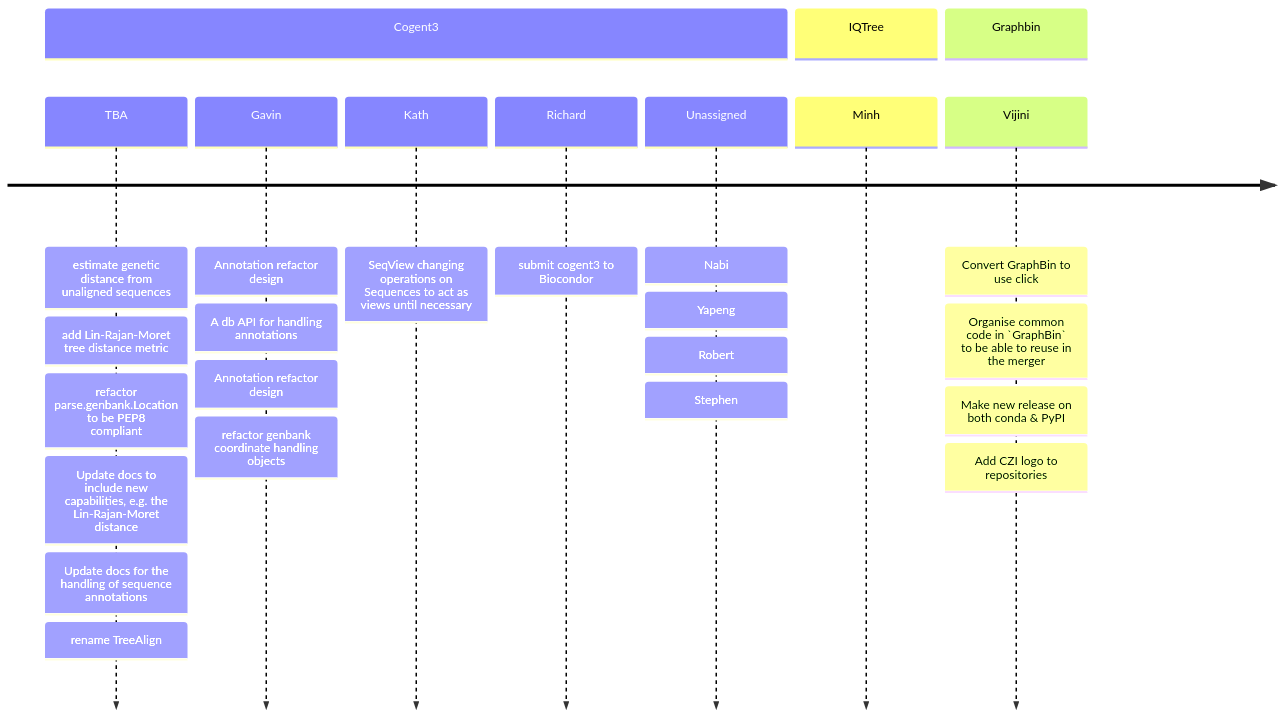
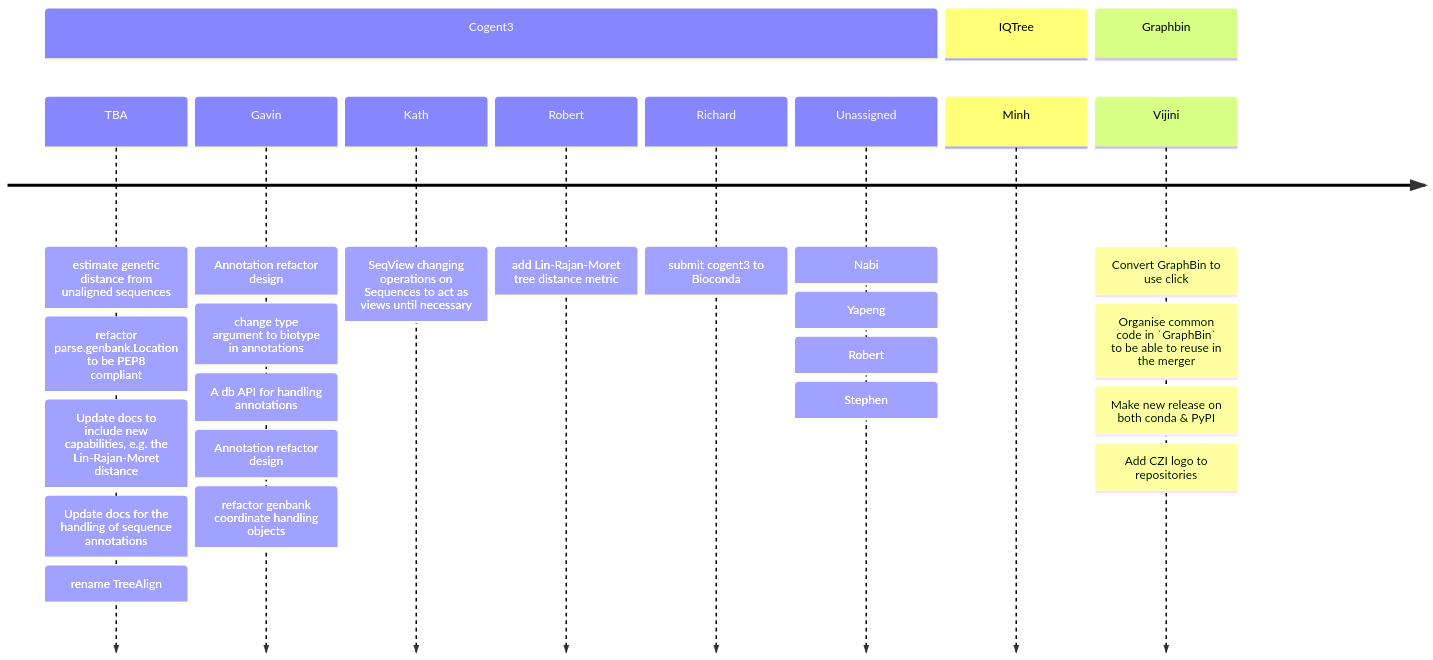
Before and after one commit to khiron/testscriv: the first of 4 diagrams in docs/milestones.md, drawn with Mermaid. The commit also changed other lines of this file and 3 other files, not shown here.

````diff
--- a/docs/milestones.md
+++ b/docs/milestones.md
@@ -4,38 +4,41 @@
 ```mermaid
 timeline
 
 section Cogent3
 TBA 
 : estimate genetic distance from unaligned sequences
-: add Lin-Rajan-Moret tree distance metric
 : refactor parse.genbank.Location to be PEP8 compliant
 : Update docs to include new capabilities, e.g. the Lin-Rajan-Moret distance
 : Update docs for the handling of sequence annotations 
 : rename TreeAlign
 Gavin 
 : Annotation refactor design 
+: change type argument to biotype in annotations
 : A db API for handling annotations
 : Annotation refactor design 
 : refactor genbank coordinate handling objects
 Kath 
 : SeqView changing operations on Sequences to act as views until necessary
 
+Robert 
+: add Lin-Rajan-Moret tree distance metric
+
 Richard 
-: submit cogent3 to Biocondor
+: submit cogent3 to Bioconda
 
 Unassigned 
 : Nabi 
 : Yapeng 
 : Robert 
 : Stephen
 
 section IQTree
 Minh 
 
 section Graphbin 
 Vijini 
 : Convert GraphBin to use click 
 : Organise common code in `GraphBin` to be able to reuse in the merger 
 : Make new release on both conda & PyPI 
 : Add CZI logo to repositories
 ```
````
